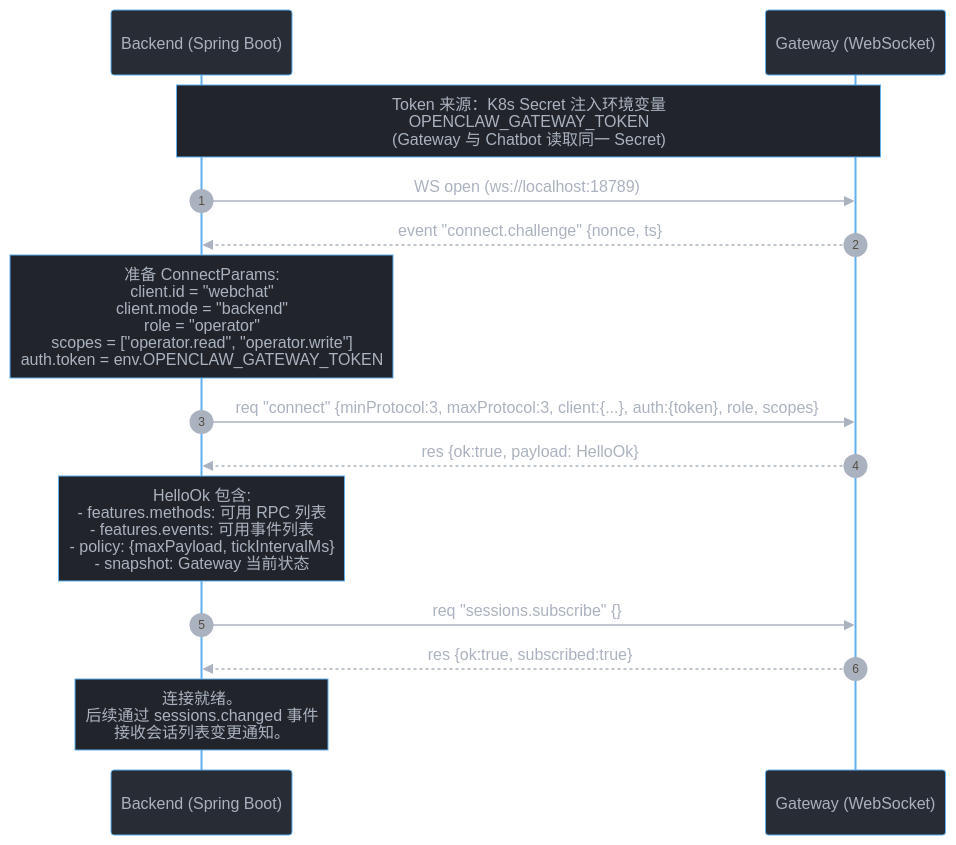
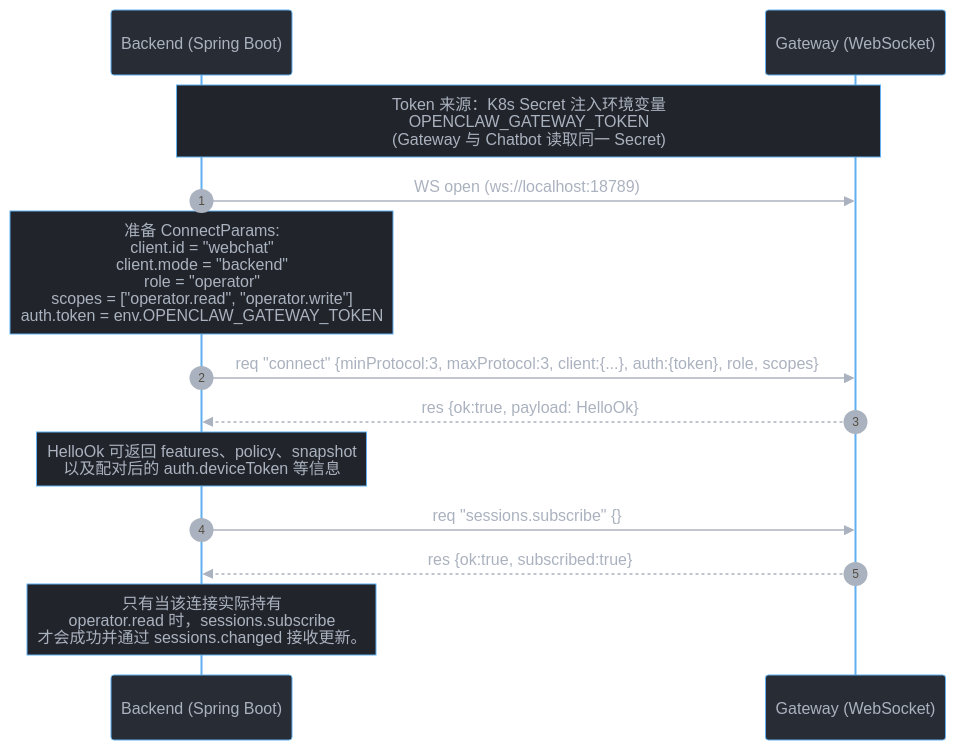
Before and after one commit to lzhshen/openclaw: the second of 9 diagrams in mydoc/openclaw-gateway-chatbot-reference.md, drawn with Mermaid. The commit also changed other lines of this file and 1 other file, not shown here.

First line of the commit message:
feat: add backend class design documentation for OpenClaw Gateway Chatbot

````diff
--- a/mydoc/openclaw-gateway-chatbot-reference.md
+++ b/mydoc/openclaw-gateway-chatbot-reference.md
@@ -133,24 +134,22 @@
 ```mermaid
 %%{init: {'theme': 'base', 'themeVariables': { 'primaryColor': '#282c34', 'edgeLabelBackground':'#282c34', 'mainBkg': '#282c34', 'primaryTextColor': '#abb2bf', 'lineColor': '#abb2bf', 'tertiaryColor': '#21252b', 'clusterBkg': '#21252b', 'clusterBorder': '#61afef', 'fontFamily': 'arial', 'actorBkg': '#282c34', 'actorBorder': '#61afef', 'actorTextColor': '#abb2bf', 'signalColor': '#abb2bf', 'signalTextColor': '#abb2bf', 'noteBkgColor': '#21252b', 'noteTextColor': '#abb2bf', 'noteBorderColor': '#61afef'}}}%%
 sequenceDiagram
     autonumber
     participant B as Backend (Spring Boot)
     participant G as Gateway (WebSocket)
 
     Note over B,G: Token 来源：K8s Secret 注入环境变量<br/>OPENCLAW_GATEWAY_TOKEN<br/>(Gateway 与 Chatbot 读取同一 Secret)
 
     B->>G: WS open (ws://localhost:18789)
-    G-->>B: event "connect.challenge" {nonce, ts}
-
     Note over B: 准备 ConnectParams:<br/>client.id = "webchat"<br/>client.mode = "backend"<br/>role = "operator"<br/>scopes = ["operator.read", "operator.write"]<br/>auth.token = env.OPENCLAW_GATEWAY_TOKEN
 
     B->>G: req "connect" {minProtocol:3, maxProtocol:3, client:{...}, auth:{token}, role, scopes}
     G-->>B: res {ok:true, payload: HelloOk}
 
-    Note over B: HelloOk 包含:<br/>- features.methods: 可用 RPC 列表<br/>- features.events: 可用事件列表<br/>- policy: {maxPayload, tickIntervalMs}<br/>- snapshot: Gateway 当前状态
+    Note over B: HelloOk 可返回 features、policy、snapshot<br/>以及配对后的 auth.deviceToken 等信息
 
     B->>G: req "sessions.subscribe" {}
     G-->>B: res {ok:true, subscribed:true}
 
-    Note over B: 连接就绪。<br/>后续通过 sessions.changed 事件<br/>接收会话列表变更通知。
+    Note over B: 只有当该连接实际持有<br/>operator.read 时，sessions.subscribe<br/>才会成功并通过 sessions.changed 接收更新。
 ```
````
